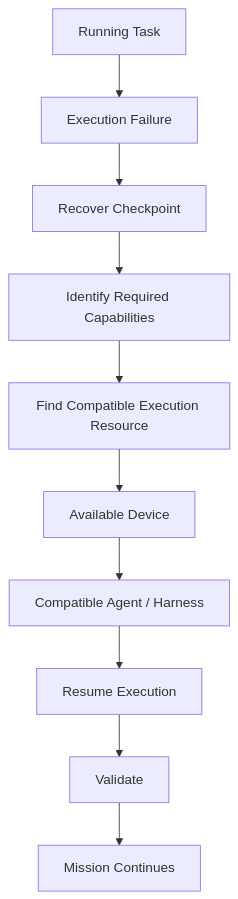
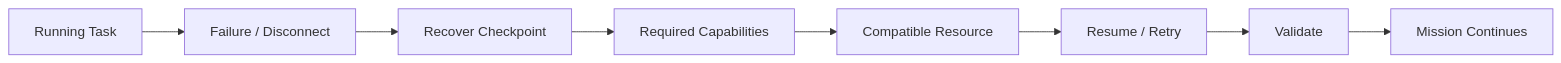
One commit to RayAKaan/EamilOS changed the fifth of 6 diagrams in README.md. Above: the diagram before and after it, drawn with Mermaid. The commit also changed other lines of this file, not shown here.

Commit message:
docs: rebuild README around unified coding harness

````diff
--- a/README.md
+++ b/README.md
@@ -485,19 +266,10 @@
 ```mermaid
-flowchart TB
-
-    T["Running Task"]
-    FAILURE["Execution Failure"]
-
-    T --> FAILURE
-
+flowchart LR
+    TASK["Running Task"] --> FAILURE["Failure / Disconnect"]
     FAILURE --> CHECKPOINT["Recover Checkpoint"]
-    CHECKPOINT --> CAP["Identify Required Capabilities"]
-    CAP --> MATCH["Find Compatible Execution Resource"]
-
-    MATCH --> DEVICE["Available Device"]
-    DEVICE --> AGENT["Compatible Agent / Harness"]
-
-    AGENT --> RESUME["Resume Execution"]
+    CHECKPOINT --> CAP["Required Capabilities"]
+    CAP --> MATCH["Compatible Resource"]
+    MATCH --> RESUME["Resume / Retry"]
     RESUME --> VALIDATE["Validate"]
-    VALIDATE --> MISSION["Mission Continues"]
+    VALIDATE --> CONTINUE["Mission Continues"]
 ```
````
